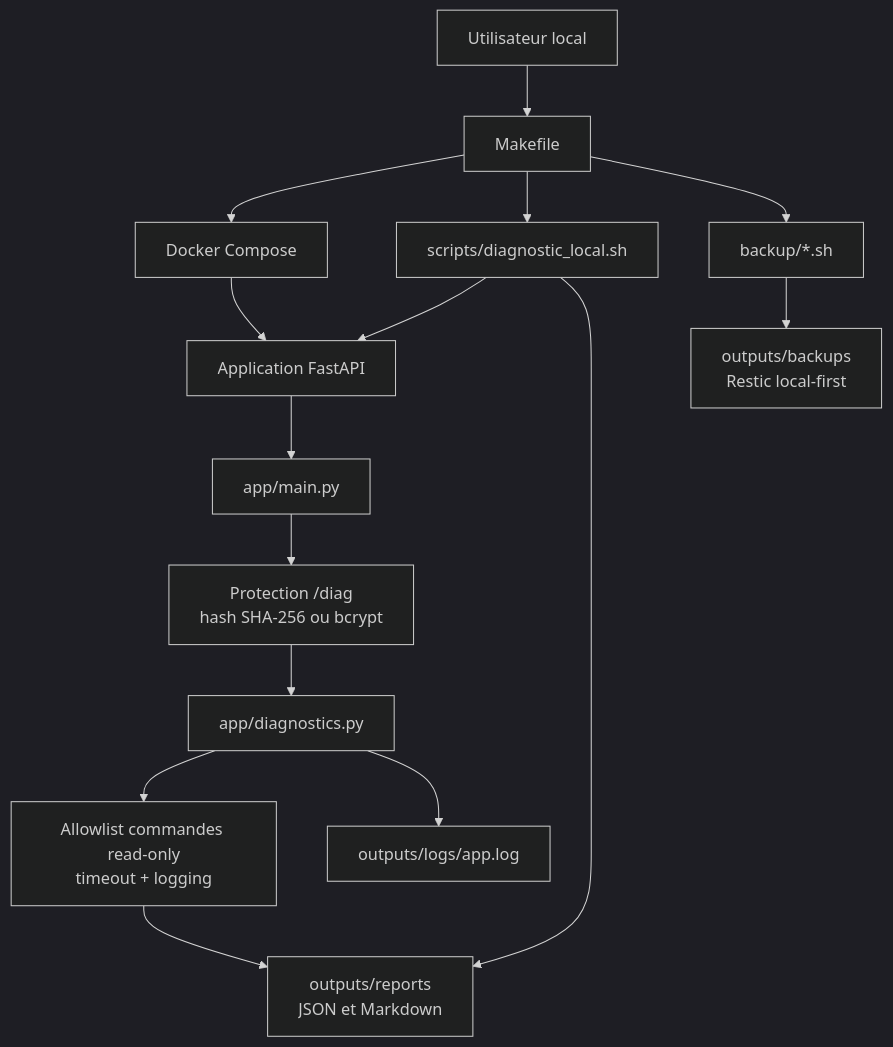
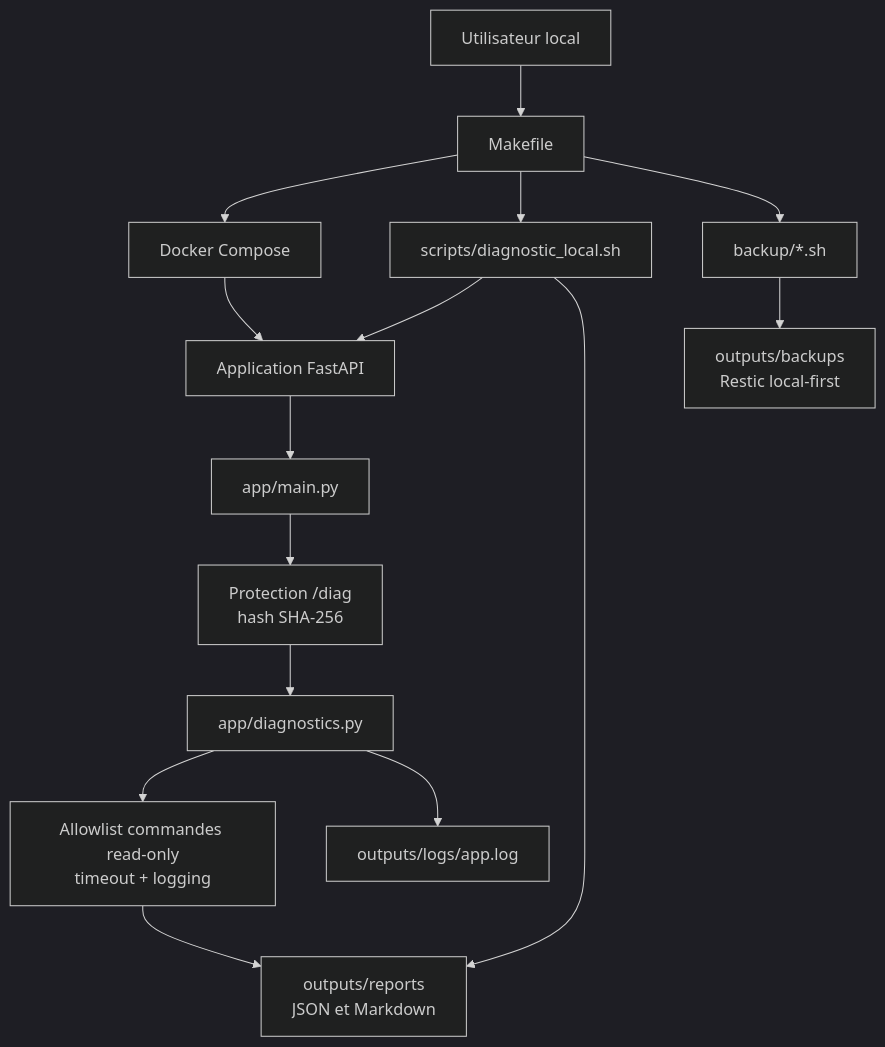
Before and after one commit to tzzzzh49-cell/infra-dev-cyber-ai-learning-lab: the diagram in docs/architecture.md, drawn with Mermaid (dark theme). The commit also changed other lines of this file and 26 other files, not shown here.

````diff
--- a/docs/architecture.md
+++ b/docs/architecture.md
@@ -30,17 +30,17 @@
 ```mermaid
 flowchart TD
     user[Utilisateur local] --> make[Makefile]
     make --> compose[Docker Compose]
     compose --> api[Application FastAPI]
     api --> main[app/main.py]
-    main --> auth[Protection /diag<br/>hash SHA-256 ou bcrypt]
+    main --> auth[Protection /diag<br/>hash SHA-256]
     auth --> diagnostics[app/diagnostics.py]
     diagnostics --> allowlist[Allowlist commandes read-only<br/>timeout + logging]
     allowlist --> reports[outputs/reports<br/>JSON et Markdown]
     diagnostics --> logs[outputs/logs/app.log]
     make --> localdiag[scripts/diagnostic_local.sh]
     localdiag --> api
     localdiag --> reports
     make --> backups[backup/*.sh]
     backups --> backupstore[outputs/backups<br/>Restic local-first]
 ```
````
